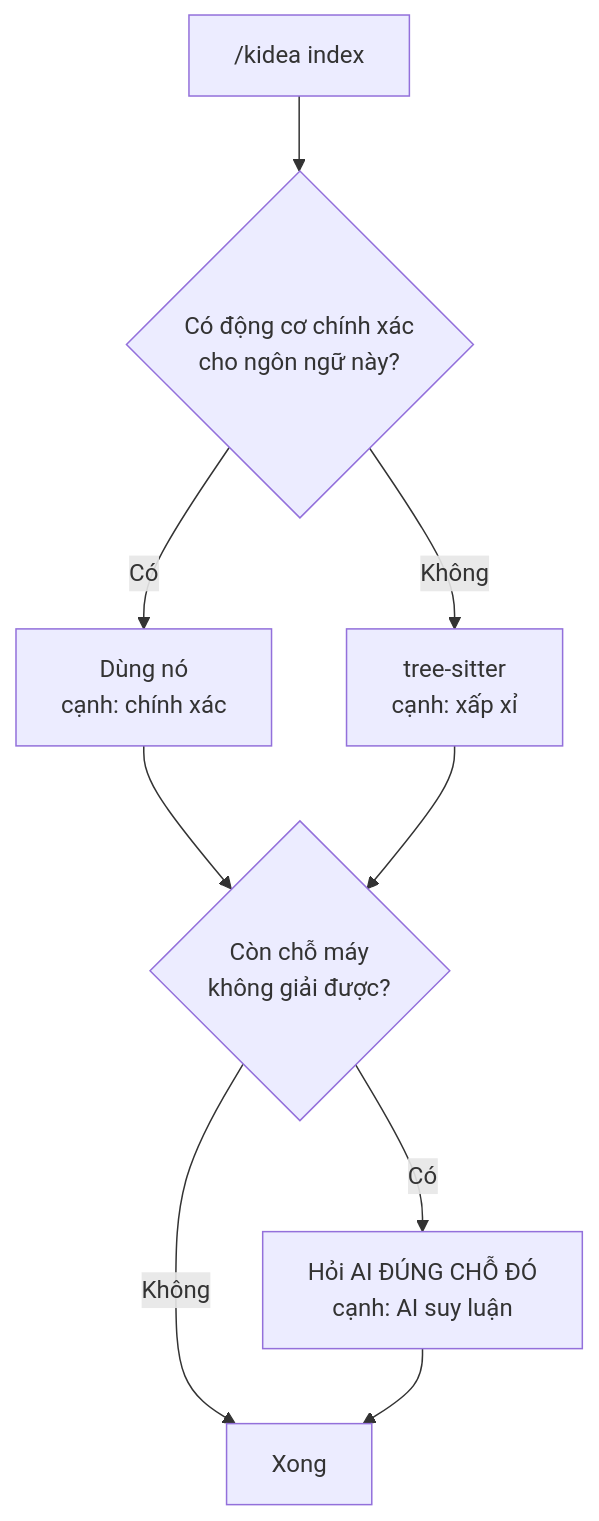
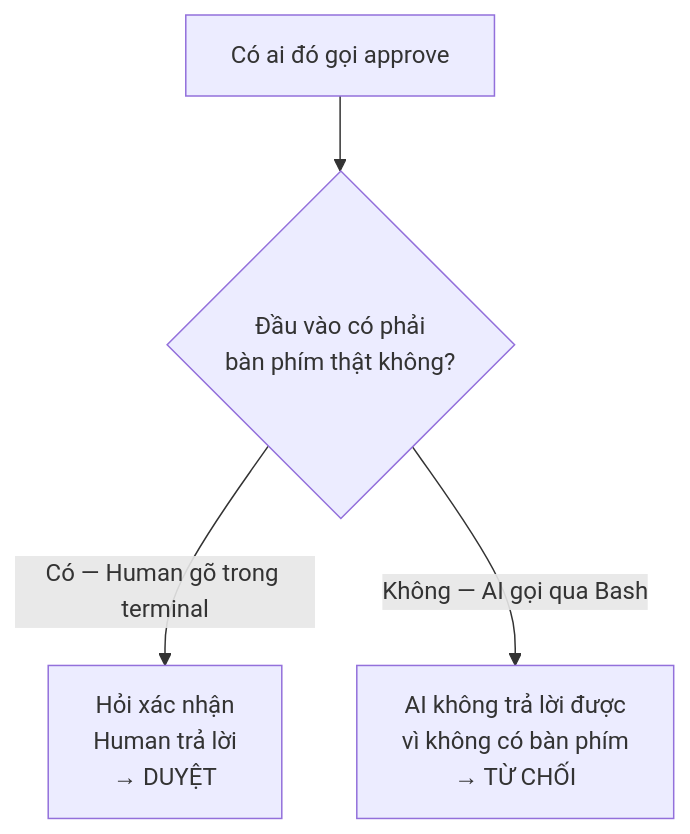
One commit to Kynderis/kendrick-ai-tools changed the first of 2 diagrams in answer.md. Above: the diagram before and after it, drawn with Mermaid. The commit also changed other lines of this file and 2 other files, not shown here.

````diff
--- a/answer.md
+++ b/answer.md
@@ -57,11 +78,6 @@
 ```mermaid
 flowchart TD
-    A["/kidea index"] --> B{"Có động cơ chính xác<br/>cho ngôn ngữ này?"}
-    B -- "Có" --> C["Dùng nó<br/>cạnh: chính xác"]
-    B -- "Không" --> D["tree-sitter<br/>cạnh: xấp xỉ"]
-    C --> E{"Còn chỗ máy<br/>không giải được?"}
-    D --> E
-    E -- "Có" --> F["Hỏi AI ĐÚNG CHỖ ĐÓ<br/>cạnh: AI suy luận"]
-    E -- "Không" --> G["Xong"]
-    F --> G
+    A["Có ai đó gọi approve"] --> B{"Đầu vào có phải<br/>bàn phím thật không?"}
+    B -- "Có — Human gõ trong terminal" --> C["Hỏi xác nhận<br/>Human trả lời<br/>→ DUYỆT"]
+    B -- "Không — AI gọi qua Bash" --> D["AI không trả lời được<br/>vì không có bàn phím<br/>→ TỪ CHỐI"]
 ```
````
